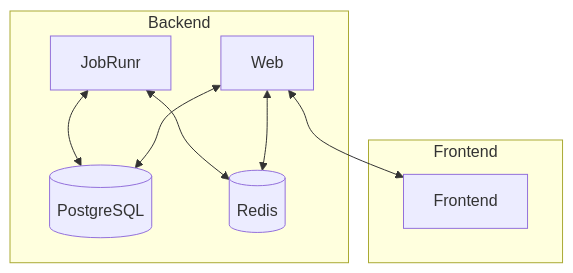
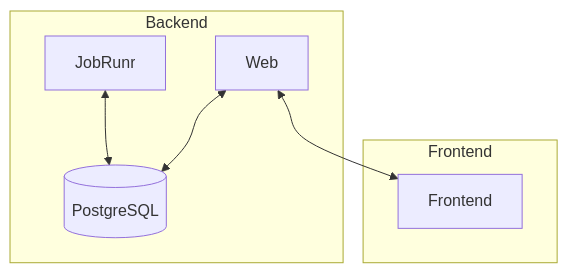
Before and after one commit to mangila/fibonacci: the diagram in java/README.md, drawn with Mermaid. The commit also changed other lines of this file and 2 other files, not shown here.

First line of the commit message:
Remove unused Redis references and logging clutter:

````diff
--- a/java/README.md
+++ b/java/README.md
@@ -52,22 +48,19 @@
 ```mermaid
 graph TD
     subgraph "Backend"
         Web[Web]
         Scheduler[JobRunr]
         Scheduler[JobRunr]
         DB[(PostgreSQL)]
-        DB2[(Redis)]
     end
 
     subgraph "Frontend"
         Client[Frontend]
     end
 
     Scheduler <--> DB
-    Scheduler <--> DB2
     Web <--> DB
-    Web <--> DB2
     Web <--> Client
 
 
 ```
````
